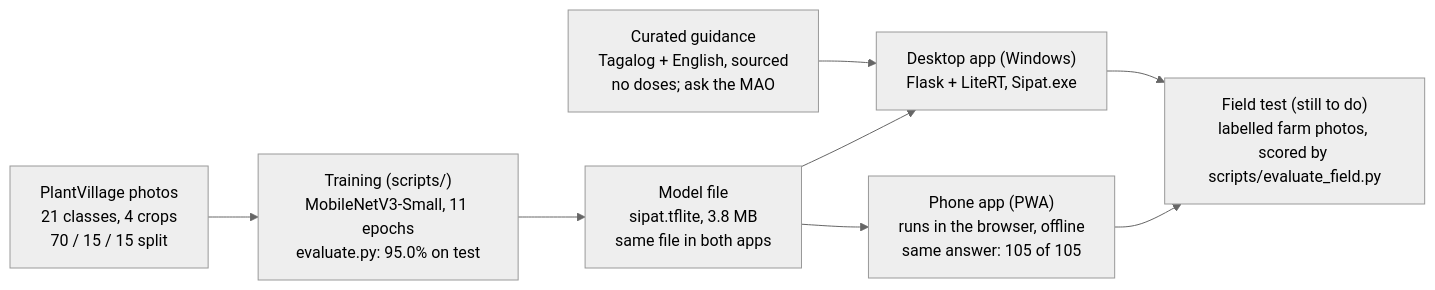
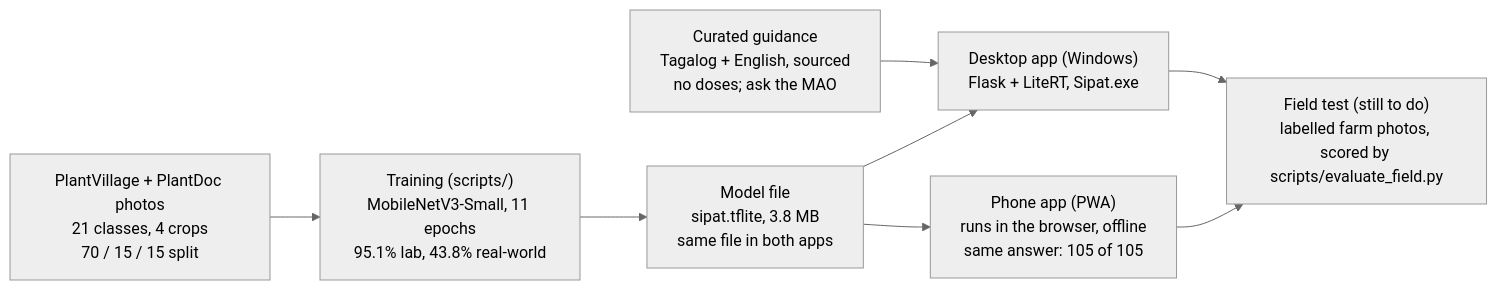
One commit to jims-0/sipat changed the diagram in docs/SIPAT_SYSTEM_OVERVIEW.md. Above: the diagram before and after it, drawn with Mermaid (neutral theme). The commit also changed other lines of this file and 27 other files, not shown here.

First line of the commit message:
feat(sipat): measure and improve real-world accuracy with PlantDoc

````diff
--- a/docs/SIPAT_SYSTEM_OVERVIEW.md
+++ b/docs/SIPAT_SYSTEM_OVERVIEW.md
@@ -11,10 +11,10 @@
 ```mermaid
 flowchart LR
-    A["PlantVillage photos<br/>21 classes, 4 crops<br/>70 / 15 / 15 split"] --> B["Training (scripts/)<br/>MobileNetV3-Small, 11 epochs<br/>evaluate.py: 95.0% on test"]
+    A["PlantVillage + PlantDoc photos<br/>21 classes, 4 crops<br/>70 / 15 / 15 split"] --> B["Training (scripts/)<br/>MobileNetV3-Small, 11 epochs<br/>95.1% lab, 43.8% real-world"]
     B --> C["Model file<br/>sipat.tflite, 3.8 MB<br/>same file in both apps"]
     G["Curated guidance<br/>Tagalog + English, sourced<br/>no doses; ask the MAO"] --> D
     C --> D["Desktop app (Windows)<br/>Flask + LiteRT, Sipat.exe"]
     C --> E["Phone app (PWA)<br/>runs in the browser, offline<br/>same answer: 105 of 105"]
     D --> F["Field test (still to do)<br/>labelled farm photos, scored by scripts/evaluate_field.py"]
     E --> F
 ```
````
